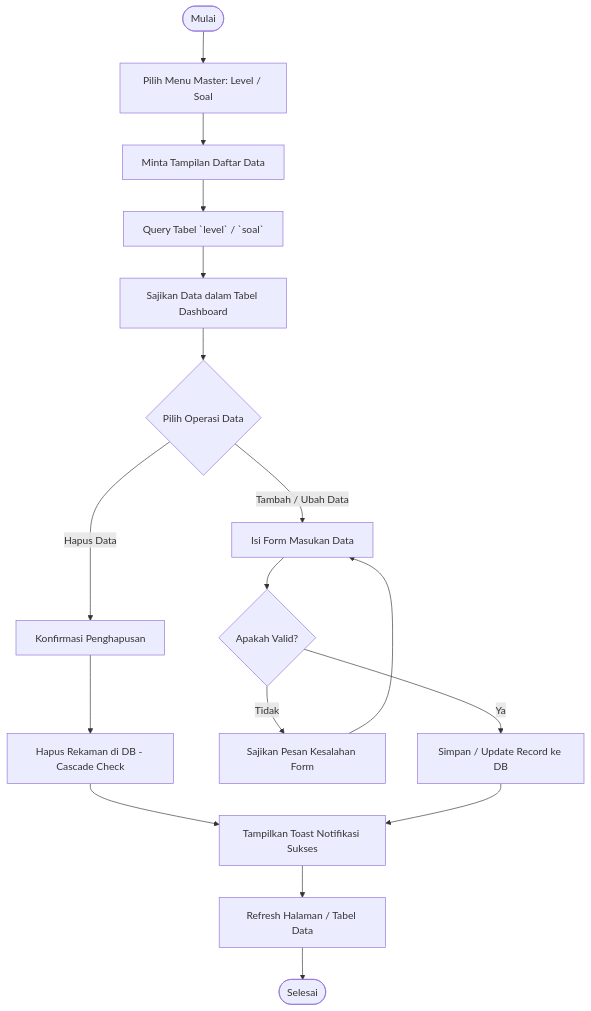
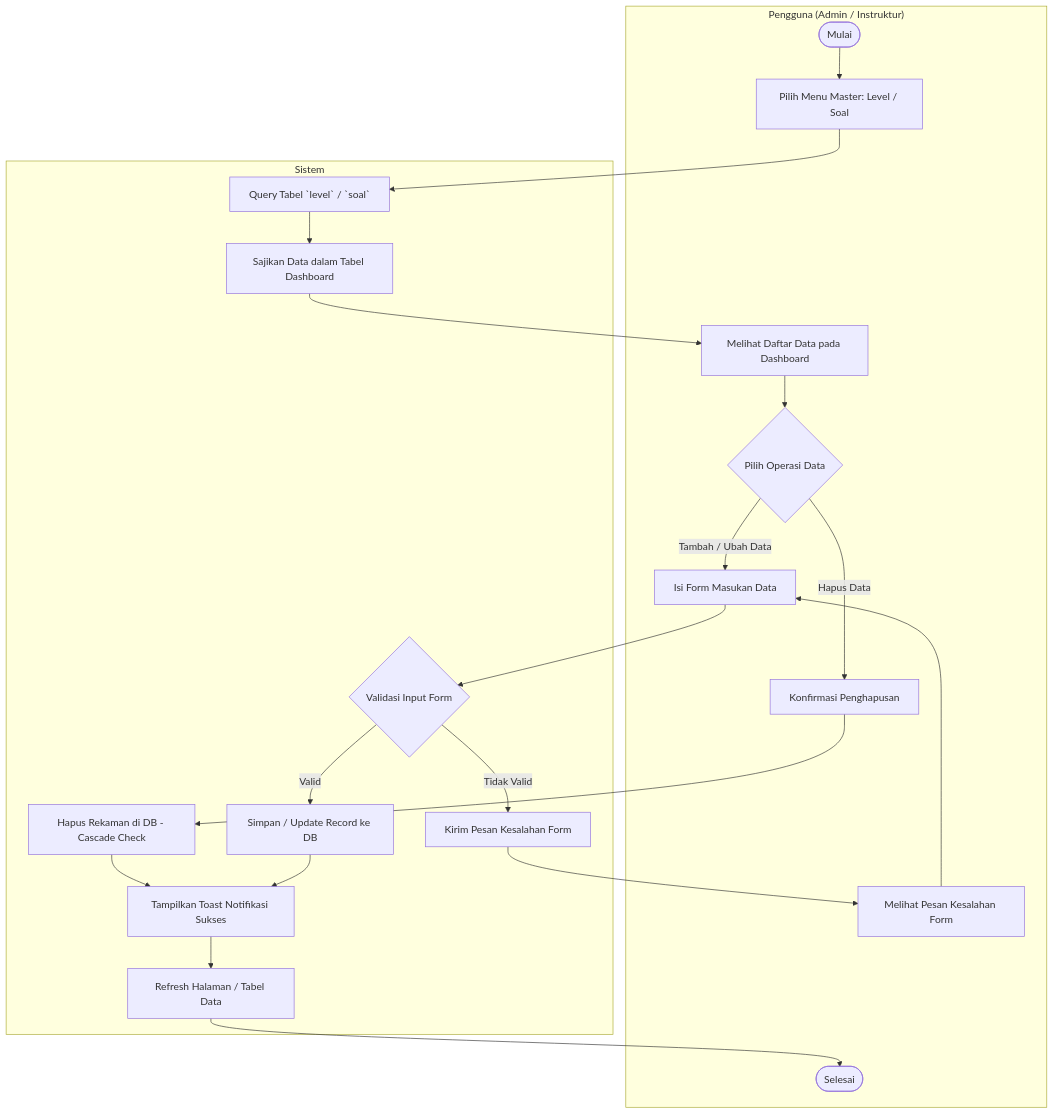
Before and after one commit to fikriks/quiz-shift-web: the fourth of 10 diagrams in docs/dokumentasi_sistem_dan_diagram.md, drawn with Mermaid. The commit also changed other lines of this file and 2 other files, not shown here.

Commit message:
refactor: update system documentation and diagrams to refine actor-system interaction flows

````diff
--- a/docs/dokumentasi_sistem_dan_diagram.md
+++ b/docs/dokumentasi_sistem_dan_diagram.md
@@ -350,24 +353,36 @@
 ```mermaid
 flowchart TD
-    Start([Mulai]) --> PilihMenu[Pilih Menu Master: Level / Soal]
-    PilihMenu --> RequestDaftar[Minta Tampilan Daftar Data]
-    RequestDaftar --> QueryTabel[Query Tabel `level` / `soal`]
-    QueryTabel --> TampilkanTabel[Sajikan Data dalam Tabel Dashboard]
-    TampilkanTabel --> KeputusanAksi{Pilih Operasi Data}
-    
-    %% Operasi Hapus
-    KeputusanAksi -- Hapus Data --> KonfirmasiHapus[Konfirmasi Penghapusan]
-    KonfirmasiHapus --> EksekusiHapus[Hapus Rekaman di DB - Cascade Check]
-    EksekusiHapus --> TampilkanSukses[Tampilkan Toast Notifikasi Sukses]
-    
-    %% Operasi Tambah / Edit
-    KeputusanAksi -- Tambah / Ubah Data --> IsiForm[Isi Form Masukan Data]
-    IsiForm --> ValidasiInput{Apakah Valid?}
-    ValidasiInput -- Tidak --> TampilkanPesanValidasi[Sajikan Pesan Kesalahan Form]
-    TampilkanPesanValidasi --> IsiForm
-    ValidasiInput -- Ya --> SimpanPerubahan[Simpan / Update Record ke DB]
-    SimpanPerubahan --> TampilkanSukses
-    
-    TampilkanSukses --> AktualisasiTabel[Refresh Halaman / Tabel Data]
-    AktualisasiTabel --> End([Selesai])
+    subgraph Pengguna ["Pengguna (Admin / Instruktur)"]
+        Start([Mulai]) --> PilihMenu[Pilih Menu Master: Level / Soal]
+        MelihatDaftar[Melihat Daftar Data pada Dashboard] --> KeputusanAksi{Pilih Operasi Data}
+        
+        %% Jalur Hapus
+        KeputusanAksi -- Hapus Data --> KonfirmasiHapus[Konfirmasi Penghapusan]
+        
+        %% Jalur Tambah / Edit
+        KeputusanAksi -- Tambah / Ubah Data --> IsiForm[Isi Form Masukan Data]
+        FormGagal[Melihat Pesan Kesalahan Form] --> IsiForm
+        
+        Selesai([Selesai])
+    end
+
+    subgraph Sistem ["Sistem"]
+        PilihMenu --> QueryTabel[Query Tabel `level` / `soal`]
+        QueryTabel --> TampilkanTabel[Sajikan Data dalam Tabel Dashboard]
+        TampilkanTabel --> MelihatDaftar
+        
+        %% Jalur Hapus
+        KonfirmasiHapus --> EksekusiHapus[Hapus Rekaman di DB - Cascade Check]
+        EksekusiHapus --> TampilkanSukses[Tampilkan Toast Notifikasi Sukses]
+        
+        %% Jalur Tambah / Edit
+        IsiForm --> ValidasiInput{Validasi Input Form}
+        ValidasiInput -- Tidak Valid --> TampilkanPesanValidasi[Kirim Pesan Kesalahan Form]
+        TampilkanPesanValidasi --> FormGagal
+        ValidasiInput -- Valid --> SimpanPerubahan[Simpan / Update Record ke DB]
+        SimpanPerubahan --> TampilkanSukses
+        
+        TampilkanSukses --> AktualisasiTabel[Refresh Halaman / Tabel Data]
+        AktualisasiTabel --> Selesai
+    end
 ```
````
